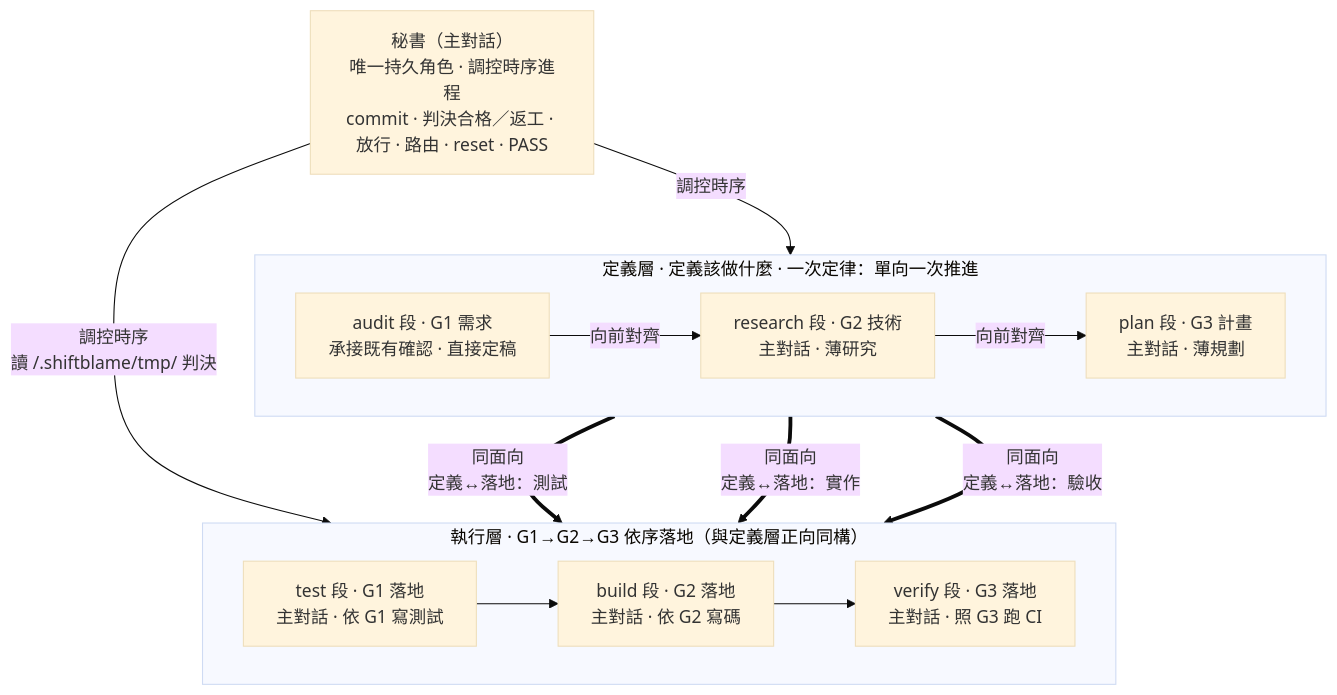
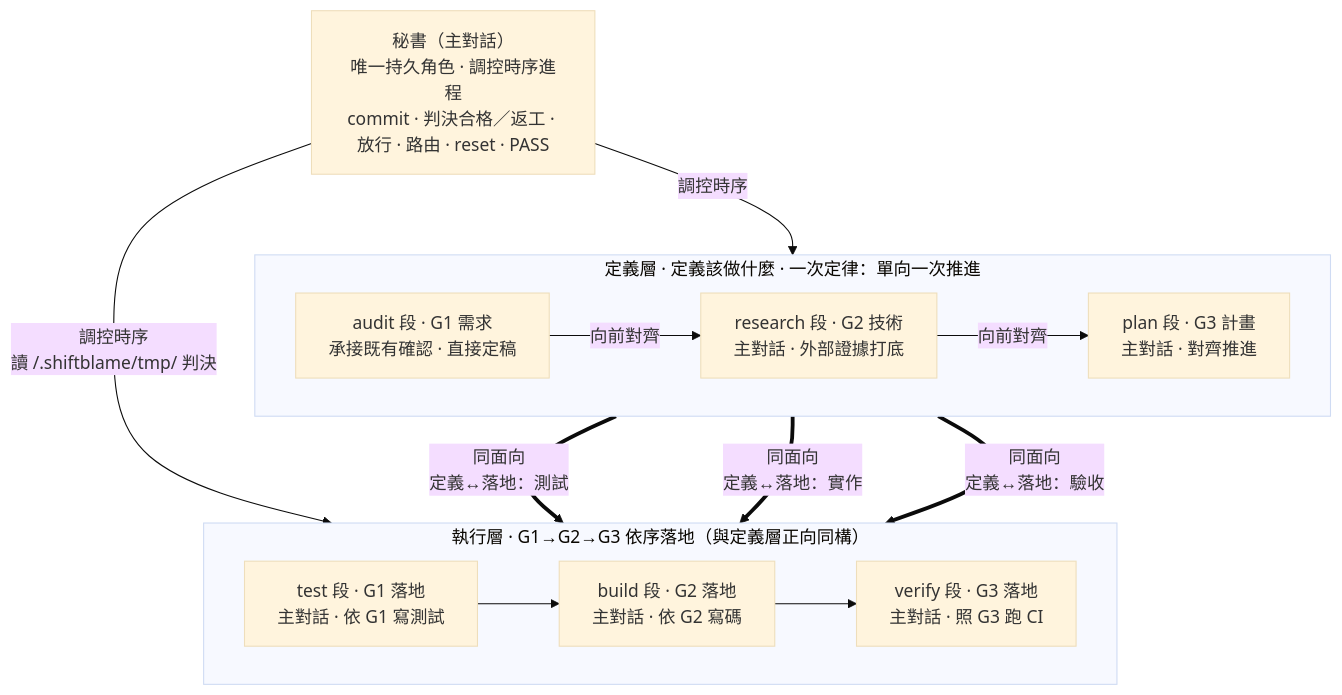
One commit to teps3105/shiftblame changed the fourth of 8 diagrams in skills/shiftblame/SKILL.md. Above: the diagram before and after it, drawn with Mermaid (base theme). The commit also changed other lines of this file and 18 other files, not shown here.

````diff
--- a/skills/shiftblame/SKILL.md
+++ b/skills/shiftblame/SKILL.md
@@ -236,19 +236,19 @@
 ```mermaid
 flowchart TB
     SEC["秘書（主對話）<br/>唯一持久角色 · 調控時序進程<br/>commit · 判決合格／返工 · 放行 · 路由 · reset · PASS"]
     subgraph Consult["定義層 · 定義該做什麼 · 一次定律：單向一次推進"]
         direction LR
-        G1["audit 段 · G1 需求<br/>承接既有確認 · 直接定稿"] -->|向前對齊| G2["research 段 · G2 技術<br/>主對話 · 薄研究"]
-        G2 -->|向前對齊| G3["plan 段 · G3 計畫<br/>主對話 · 薄規劃"]
+        G1["audit 段 · G1 需求<br/>承接既有確認 · 直接定稿"] -->|向前對齊| G2["research 段 · G2 技術<br/>主對話 · 外部證據打底"]
+        G2 -->|向前對齊| G3["plan 段 · G3 計畫<br/>主對話 · 對齊推進"]
     end
     subgraph Build["執行層 · G1→G2→G3 依序落地（與定義層正向同構）"]
         direction LR
         TST["test 段 · G1 落地<br/>主對話 · 依 G1 寫測試"] --> DEV["build 段 · G2 落地<br/>主對話 · 依 G2 寫碼"]
         DEV --> ACC["verify 段 · G3 落地<br/>主對話 · 照 G3 跑 CI"]
     end
     SEC -- 調控時序 --> Consult
     SEC -- 調控時序<br/>讀 <repo>/.shiftblame/tmp/ 判決 --> Build
     G1 == "同面向<br/>定義↔落地：測試" ==> TST
     G2 == "同面向<br/>定義↔落地：實作" ==> DEV
     G3 == "同面向<br/>定義↔落地：驗收" ==> ACC
 ```
````
